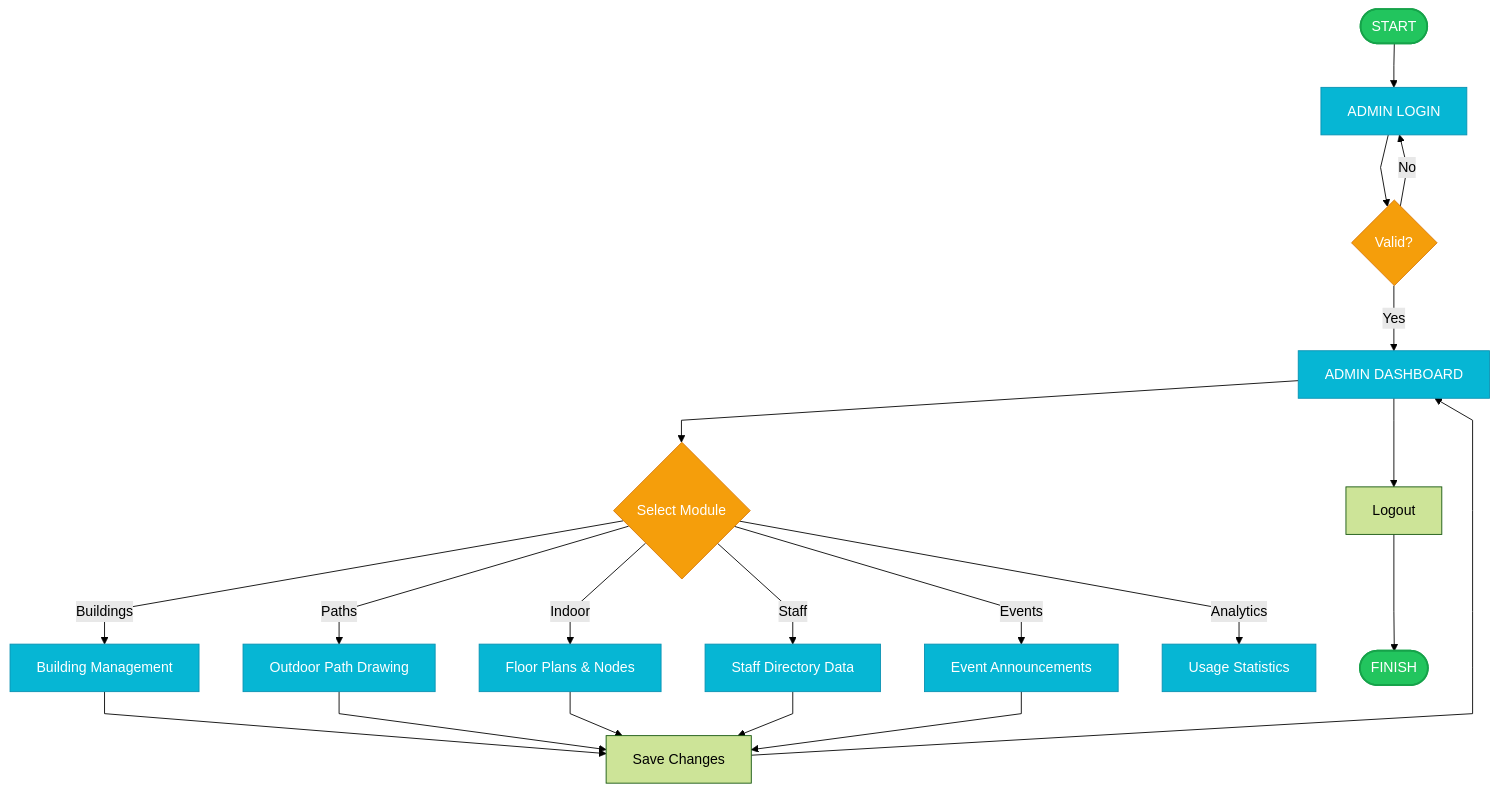
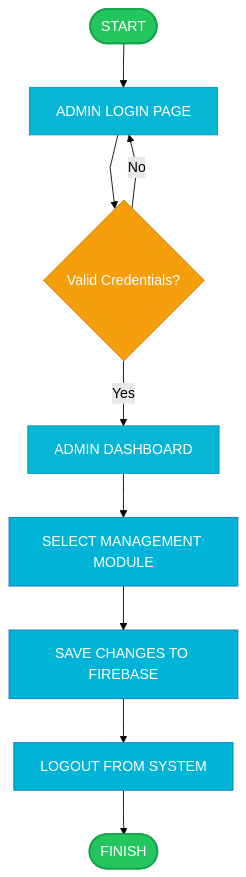
Before and after one commit to Yui1003/iCCAT: the sixth of 6 diagrams in iCCAT-Academic-Flowcharts-Printable.md, drawn with Mermaid (forest theme). The commit also changed other lines of this file and 1 other file, not shown here.

First line of the commit message:
Update flowcharts to use binary decisions and academic formatting

````diff
--- a/iCCAT-Academic-Flowcharts-Printable.md
+++ b/iCCAT-Academic-Flowcharts-Printable.md
@@ -171,36 +196,24 @@
 ```mermaid
 %%{init: {'flowchart': {'curve': 'linear', 'nodeSpacing': 50, 'rankSpacing': 50}}}%%
 flowchart TB
-    classDef startEnd fill:#22c55e,stroke:#16a34a,color:#fff,stroke-width:2px
+    classDef startEnd fill:#22c55e,stroke:#16a34a,color:#fff,stroke-width:2px,rx:20,ry:20
     classDef display fill:#06b6d4,stroke:#0891b2,color:#fff
+    classDef action fill:#00b4d8,stroke:#0077b6,color:#fff
     classDef decision fill:#f59e0b,stroke:#d97706,color:#fff
     
-    START([START]) --> LOGIN[ADMIN LOGIN]
-    LOGIN --> AUTH{Valid?}
+    START([START]) --> LOGIN[ADMIN LOGIN PAGE]
     
+    LOGIN --> AUTH{Valid Credentials?}
     AUTH -->|No| LOGIN
     AUTH -->|Yes| DASH[ADMIN DASHBOARD]
     
-    DASH --> MOD{Select Module}
-    
-    MOD -->|Buildings| M_BLD[Building Management]
-    MOD -->|Paths| M_PTH[Outdoor Path Drawing]
-    MOD -->|Indoor| M_IND[Floor Plans & Nodes]
-    MOD -->|Staff| M_STF[Staff Directory Data]
-    MOD -->|Events| M_EVT[Event Announcements]
-    MOD -->|Analytics| M_ANA[Usage Statistics]
-    
-    M_BLD --> SAVE[Save Changes]
-    M_PTH --> SAVE
-    M_IND --> SAVE
-    M_STF --> SAVE
-    M_EVT --> SAVE
-    
-    SAVE --> DASH
-    DASH --> EXIT[Logout]
-    EXIT --> FINISH([FINISH])
+    DASH --> MOD[SELECT MANAGEMENT MODULE]
+    MOD --> SAVE[SAVE CHANGES TO FIREBASE]
+    SAVE --> LOGOUT[LOGOUT FROM SYSTEM]
+    LOGOUT --> FINISH([FINISH])
 
     class START,FINISH startEnd
-    class LOGIN,DASH,M_BLD,M_PTH,M_IND,M_STF,M_EVT,M_ANA display
-    class AUTH,MOD decision
+    class LOGIN,DASH display
+    class MOD,SAVE,LOGOUT action
+    class AUTH decision
 ```
````
